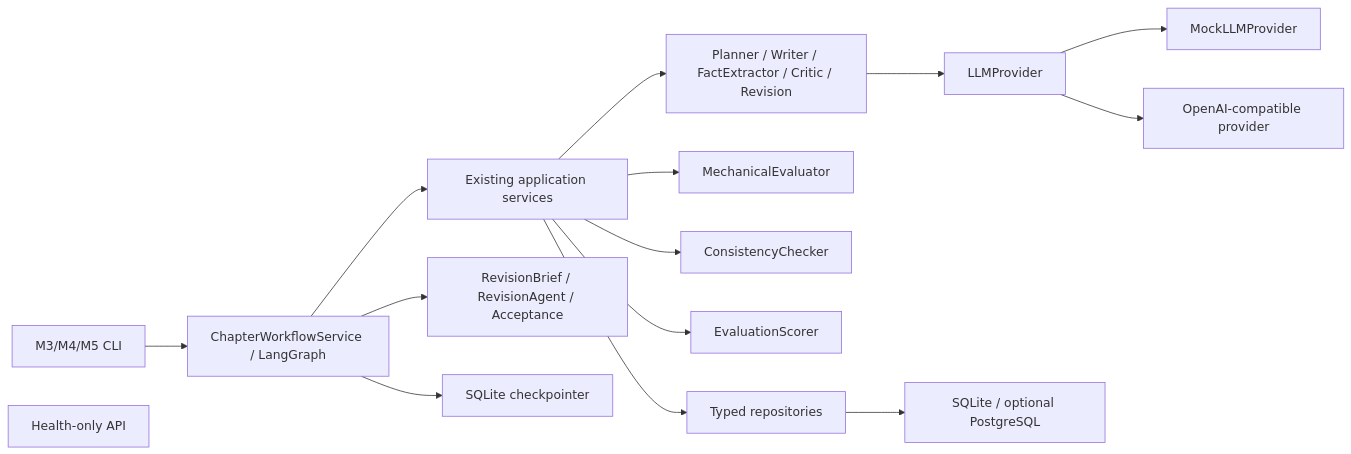
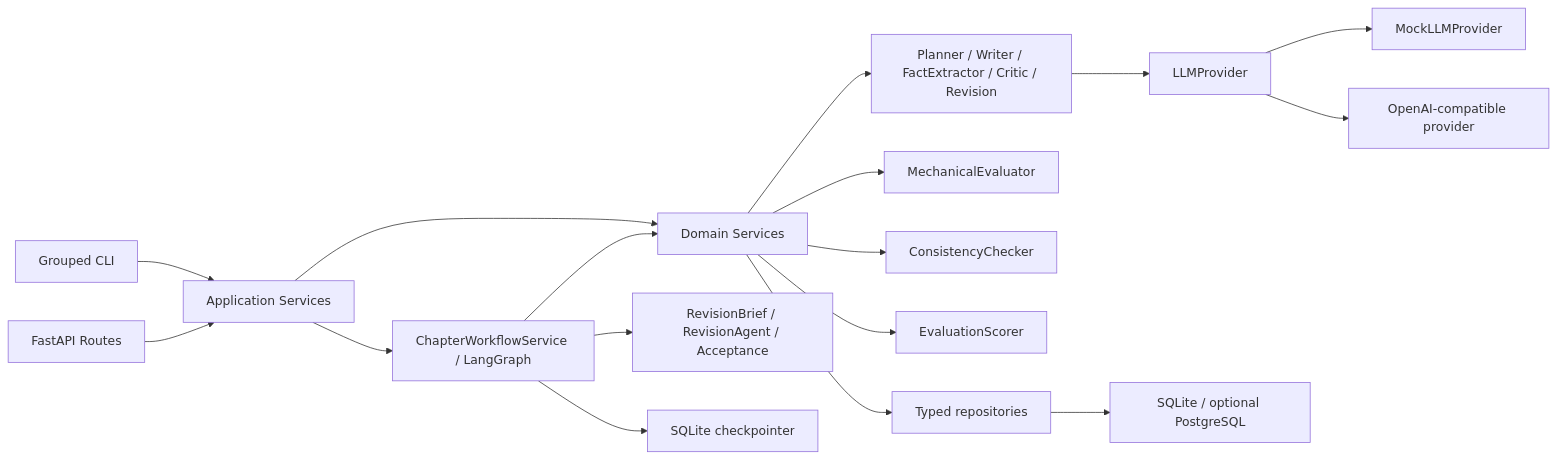
Before and after one commit to JiaoZiQ/StoryForge: the diagram in docs/architecture.md, drawn with Mermaid. The commit also changed other lines of this file and 48 other files, not shown here.

Commit message:
Complete Milestone 6 API and CLI documentation

````diff
--- a/docs/architecture.md
+++ b/docs/architecture.md
@@ -5,17 +5,19 @@
 ```mermaid
 flowchart LR
-    CLI["M3/M4/M5 CLI"] --> Workflow["ChapterWorkflowService / LangGraph"]
-    API["Health-only API"]
-    Workflow --> Services["Existing application services"]
+    CLI["Grouped CLI"] --> Application["Application Services"]
+    API["FastAPI Routes"] --> Application
+    Application --> Workflow["ChapterWorkflowService / LangGraph"]
+    Application --> Services["Domain Services"]
+    Workflow --> Services
     Workflow --> Revision["RevisionBrief / RevisionAgent / Acceptance"]
     Workflow --> Checkpoint["SQLite checkpointer"]
     Services --> Agents["Planner / Writer / FactExtractor / Critic / Revision"]
     Services --> Mechanical["MechanicalEvaluator"]
     Services --> Consistency["ConsistencyChecker"]
     Services --> Scorer["EvaluationScorer"]
     Services --> Repositories["Typed repositories"]
     Agents --> LLM["LLMProvider"]
     Repositories --> DB["SQLite / optional PostgreSQL"]
     LLM --> Mock["MockLLMProvider"]
     LLM --> Compatible["OpenAI-compatible provider"]
 ```
````
